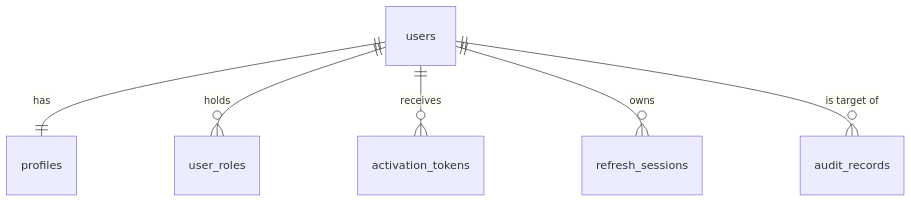
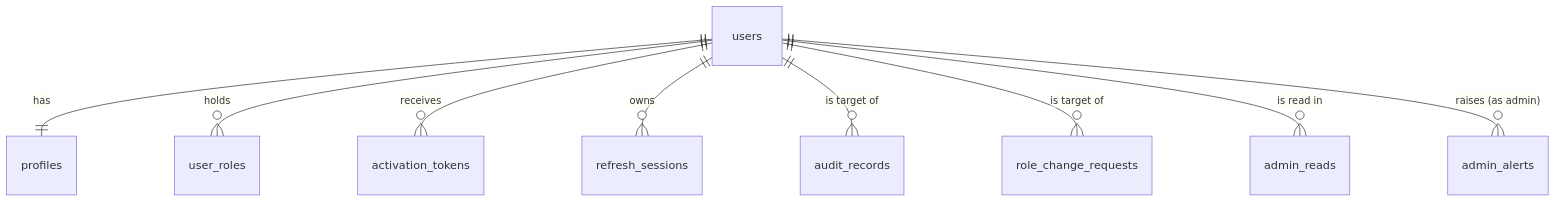
Before and after one commit to AY2627S1-CS3219-P30/foc-app: the diagram in docs/user-service/schema.md, drawn with Mermaid. The commit also changed other lines of this file and 29 other files, not shown here.

First line of the commit message:
feat(user-service): two-person rule, password re-entry and admin alerts (ADM-03, ADM-04)

````diff
--- a/docs/user-service/schema.md
+++ b/docs/user-service/schema.md
@@ -32,8 +32,11 @@
 ```mermaid
 erDiagram
     users ||--|| profiles : has
     users ||--o{ user_roles : holds
     users ||--o{ activation_tokens : "receives"
     users ||--o{ refresh_sessions : "owns"
     users ||--o{ audit_records : "is target of"
+    users ||--o{ role_change_requests : "is target of"
+    users ||--o{ admin_reads : "is read in"
+    users ||--o{ admin_alerts : "raises (as admin)"
 ```
````
